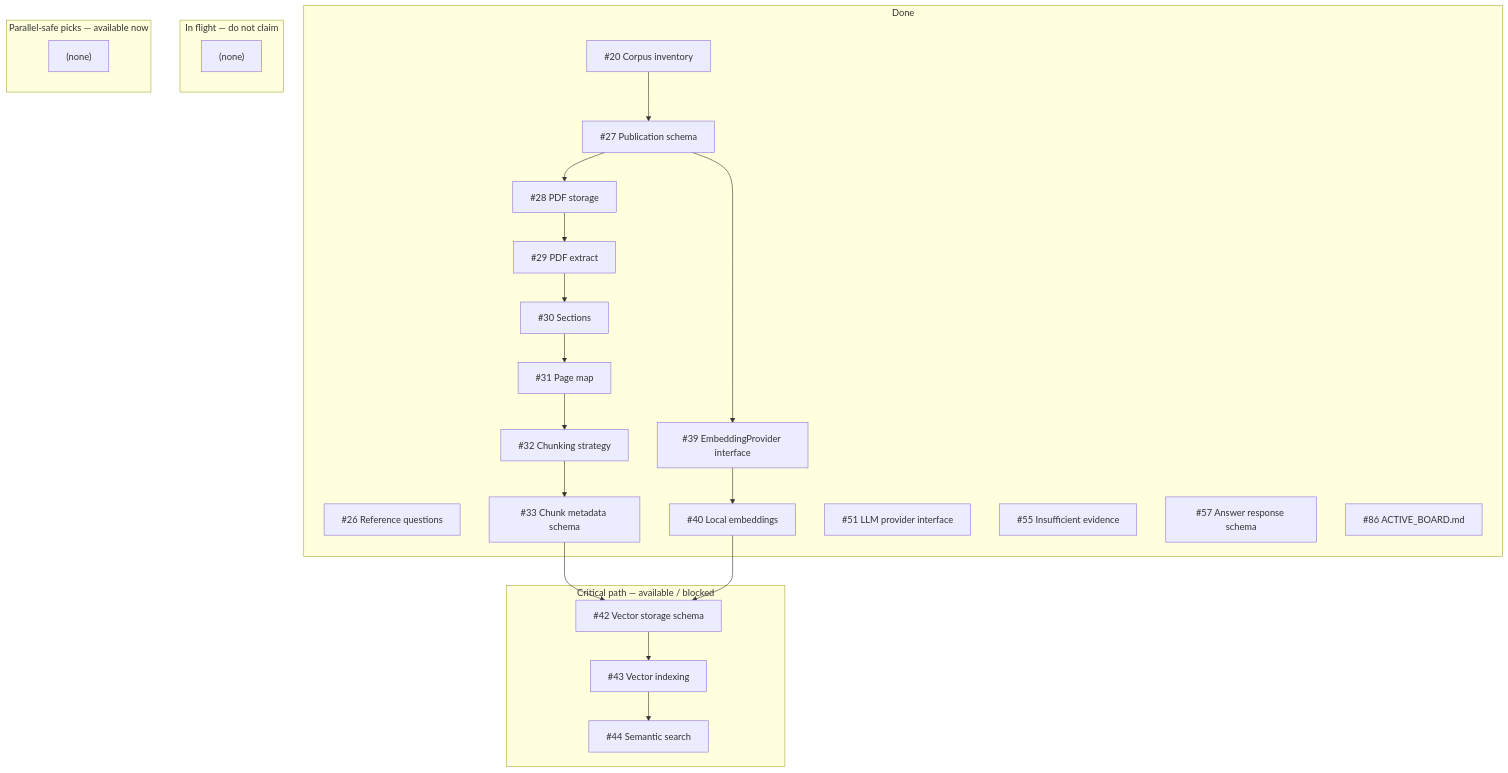
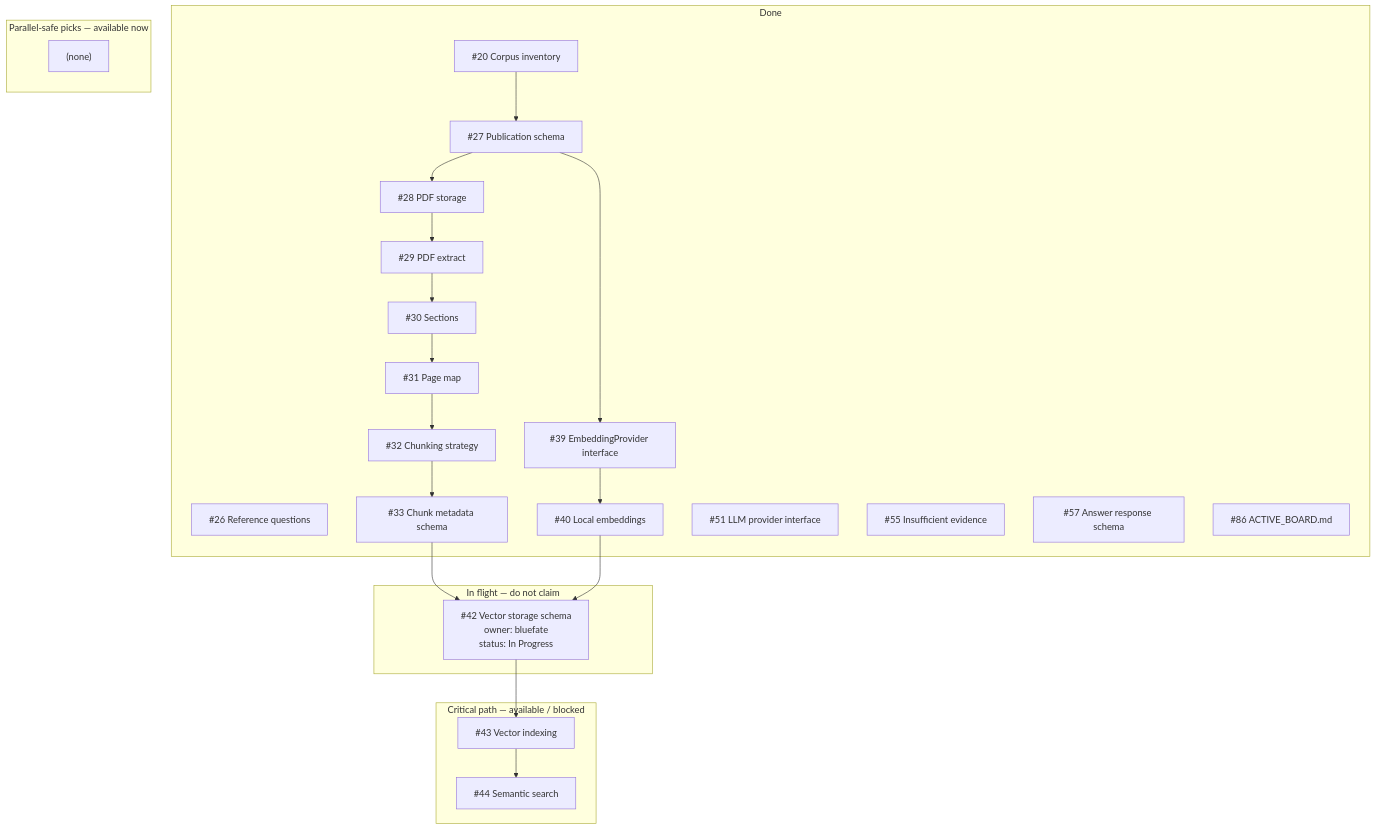
The diagram in docs/development/ACTIVE_BOARD.md (bluefate/spacebio-evidence-engine), drawn with Mermaid before and after one commit. The commit also changed other lines of this file and 12 other files, not shown here.

First line of the commit message:
feat: add chunk_embeddings vector(384) storage schema (#42)

````diff
--- a/docs/development/ACTIVE_BOARD.md
+++ b/docs/development/ACTIVE_BOARD.md
@@ -62,44 +62,43 @@
 ```mermaid
 flowchart TB
   subgraph done [Done]
     i20["#20 Corpus inventory"]
     i26["#26 Reference questions"]
     i27["#27 Publication schema"]
     i28["#28 PDF storage"]
     i29["#29 PDF extract"]
     i30["#30 Sections"]
     i31["#31 Page map"]
     i32["#32 Chunking strategy"]
     i33["#33 Chunk metadata schema"]
     i39["#39 EmbeddingProvider interface"]
     i40["#40 Local embeddings"]
     i51["#51 LLM provider interface"]
     i55["#55 Insufficient evidence"]
     i57["#57 Answer response schema"]
     i86["#86 ACTIVE_BOARD.md"]
   end
   subgraph inflight [In flight — do not claim]
-    inflight_empty["(none)"]
+    i42["#42 Vector storage schema<br/>owner: bluefate<br/>status: In Progress"]
   end
   subgraph nextCritical [Critical path — available / blocked]
-    i42["#42 Vector storage schema"]
     i43["#43 Vector indexing"]
     i44["#44 Semantic search"]
   end
   subgraph nextParallel [Parallel-safe picks — available now]
     nextParallel_empty["(none)"]
   end
   i20 --> i27
   i27 --> i28
   i28 --> i29
   i29 --> i30
   i30 --> i31
   i31 --> i32
   i32 --> i33
   i33 --> i42
   i27 --> i39
   i39 --> i40
   i40 --> i42
   i42 --> i43
   i43 --> i44
 ```
````
